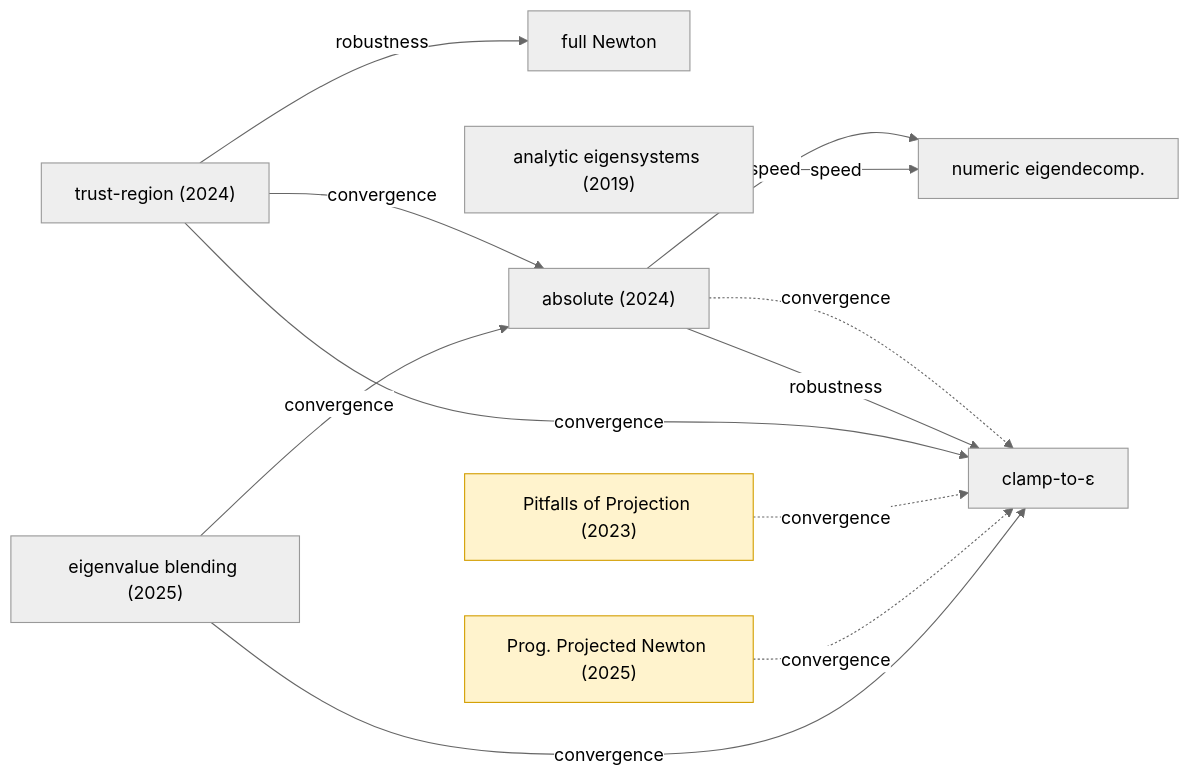
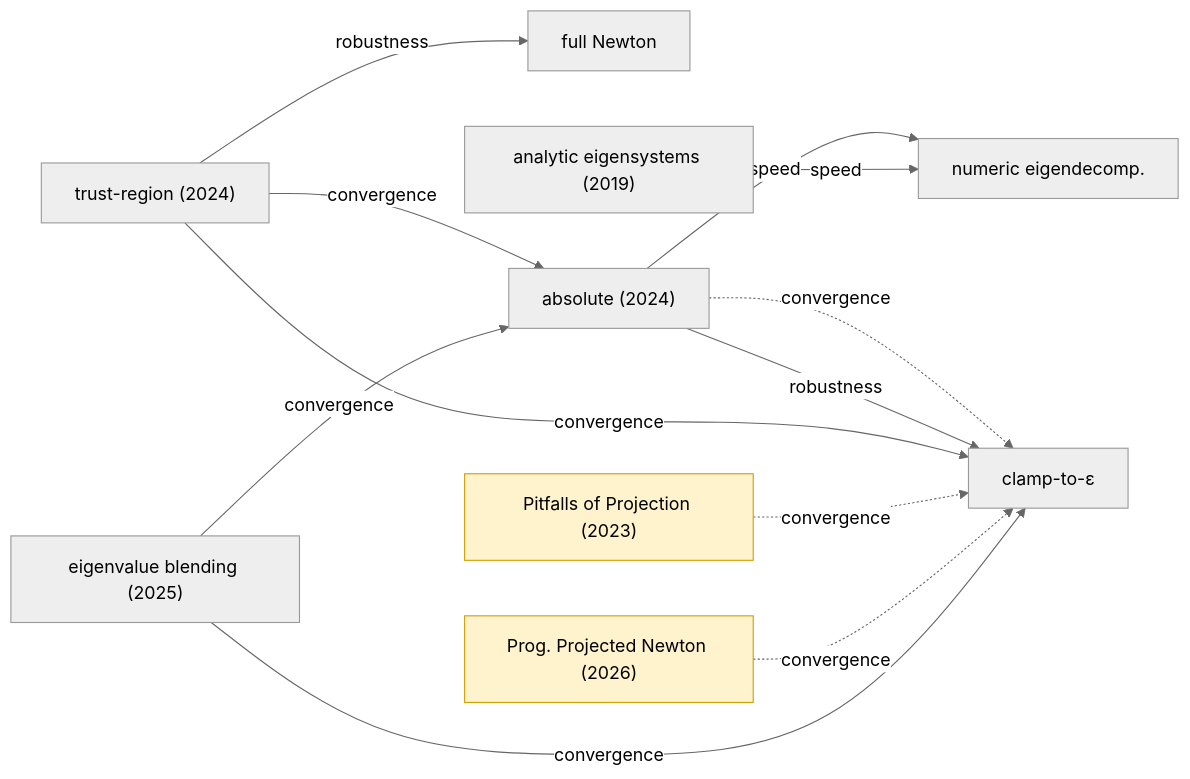
Before and after one commit to alecjacobson/mesh-elasticity-solver-benchmark: the first of 4 diagrams in claims/README.md, drawn with Mermaid (neutral theme). The commit also changed other lines of this file and 10 other files, not shown here.

````diff
--- a/claims/README.md
+++ b/claims/README.md
@@ -43,27 +43,27 @@
 ```mermaid
 flowchart LR
     clamp["clamp-to-ε"]
     full["full Newton"]
     numeig["numeric eigendecomp."]
     abs["absolute (2024)"]
     tr["trust-region (2024)"]
     pit["Pitfalls of Projection (2023)"]
-    ppn["Prog. Projected Newton (2025)"]
+    ppn["Prog. Projected Newton (2026)"]
     blend["eigenvalue blending (2025)"]
     ae["analytic eigensystems (2019)"]
 
     abs -.->|convergence| clamp
     abs -->|robustness| clamp
     abs -->|speed| numeig
     tr -->|convergence| clamp
     tr -->|convergence| abs
     tr -->|robustness| full
     pit -.->|convergence| clamp
     ppn -.->|convergence| clamp
     blend -->|convergence| abs
     blend -->|convergence| clamp
     ae -->|speed| numeig
 
     classDef q fill:#fff3cd,stroke:#d39e00;
     class pit,ppn q;
 ```
````
